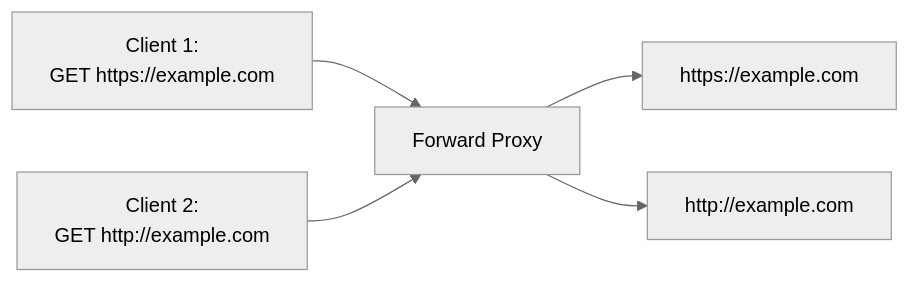
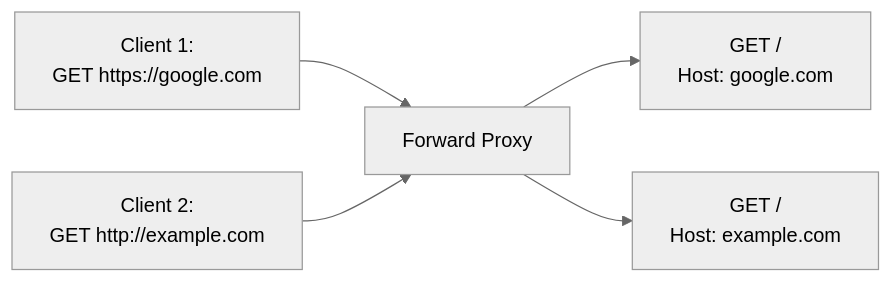
One commit to samuel871211/yusheng-tech-blog changed the first of 5 diagrams in docs/nodejs/http_proxy.md. Above: the diagram before and after it, drawn with Mermaid (neutral theme). The commit also changed other lines of this file, not shown here.

Commit message:
http 0305 ing

````diff
--- a/docs/nodejs/http_proxy.md
+++ b/docs/nodejs/http_proxy.md
@@ -16,7 +16,7 @@
 ```mermaid
 flowchart LR
-  A["Client 1:<br/>GET https://example.com"] --> B[Forward Proxy]
+  A["Client 1:<br/>GET https://google.com"] --> B[Forward Proxy]
   C["Client 2:<br/>GET http://example.com"] --> B
-  B --> D["https://example.com"]
-  B --> E["http://example.com"]
+  B --> D["GET /<br/>Host: google.com"]
+  B --> E["GET /<br/>Host: example.com"]
 ```
````
